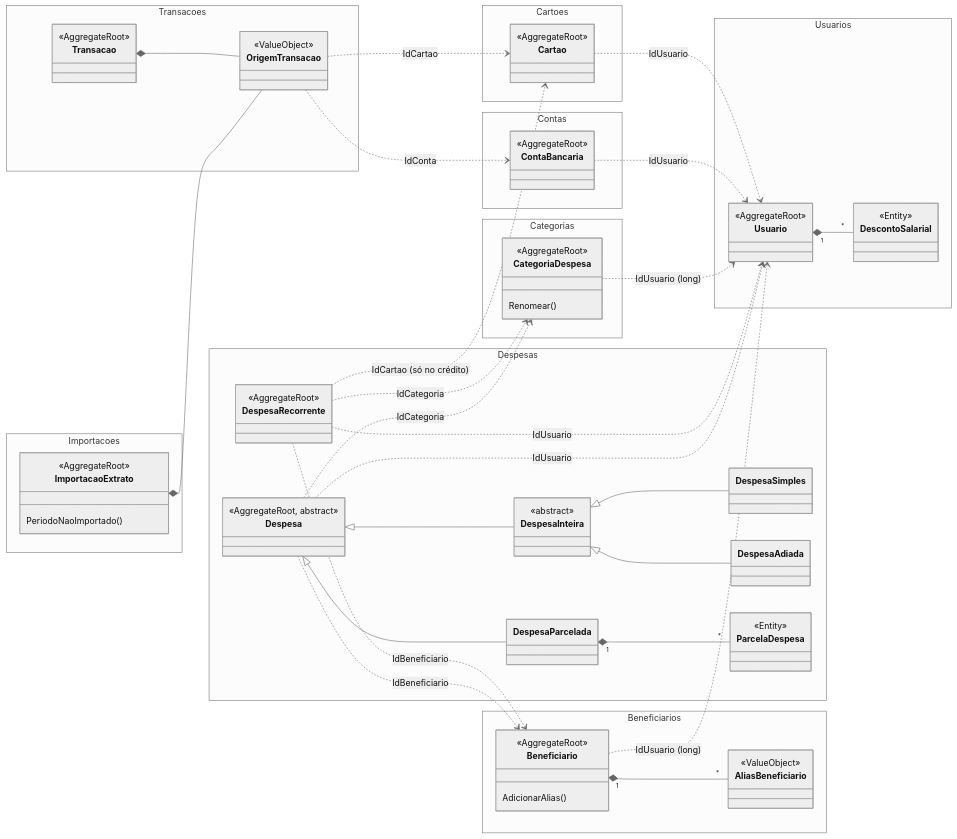
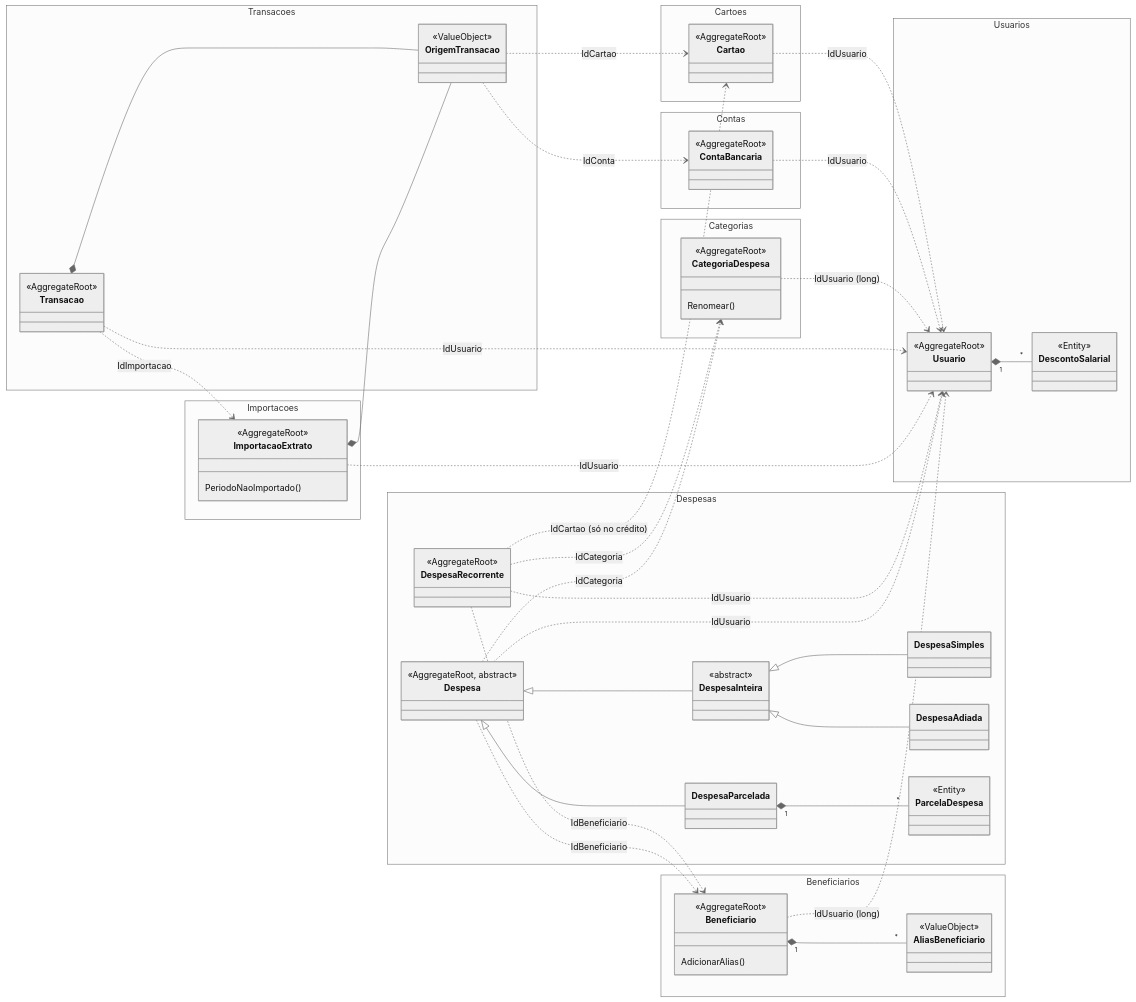
The first of 2 diagrams in docs/modelo-de-dominio.md (humbertosampaio/controle-financeiro), drawn with Mermaid (neutral theme) before and after one commit. The commit also changed other lines of this file and 2 other files, not shown here.

````diff
--- a/docs/modelo-de-dominio.md
+++ b/docs/modelo-de-dominio.md
@@ -113,7 +113,10 @@
     CategoriaDespesa ..> Usuario : IdUsuario (long)
 
     Transacao *-- OrigemTransacao
+    Transacao ..> Usuario : IdUsuario
+    Transacao ..> ImportacaoExtrato : IdImportacao
     OrigemTransacao ..> ContaBancaria : IdConta
     OrigemTransacao ..> Cartao : IdCartao
     ImportacaoExtrato *-- OrigemTransacao
+    ImportacaoExtrato ..> Usuario : IdUsuario
 ```
````
